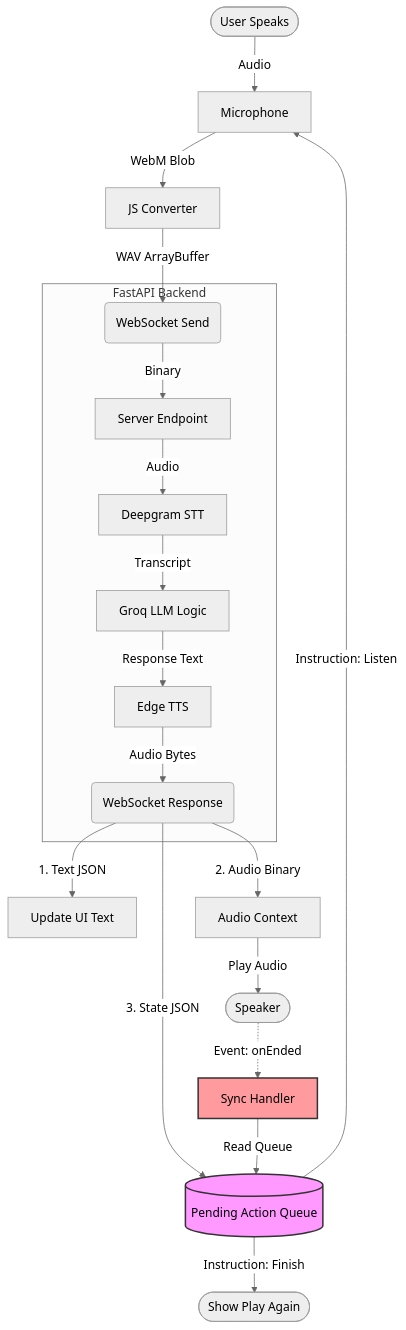
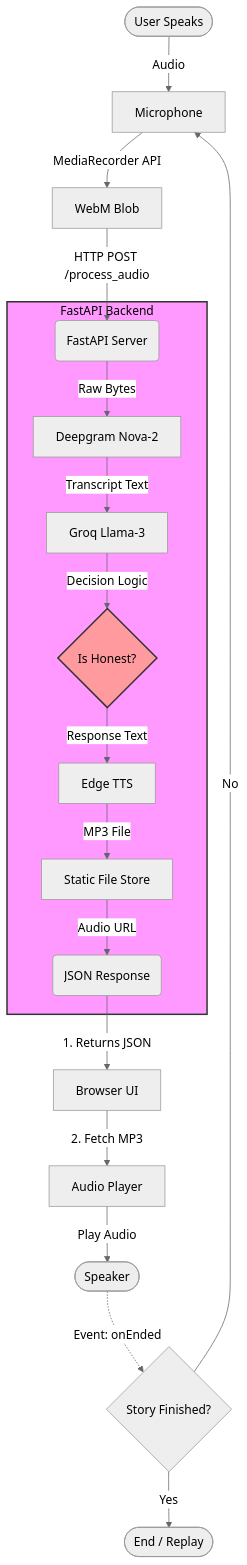
The diagram in README.md (Madhan-mohan14/zippy-voice-agent-prototype), drawn with Mermaid (neutral theme) before and after one commit. The commit also changed other lines of this file, not shown here.

````diff
--- a/README.md
+++ b/README.md
@@ -21,32 +21,30 @@
 ```mermaid
 graph TD
     %% CLIENT SIDE
     User([User Speaks]) -->|Audio| Mic[Microphone]
-    Mic -->|WebM Blob| Converter[JS Converter]
-    Converter -->|WAV ArrayBuffer| WSSend(WebSocket Send)
+    Mic -->|MediaRecorder API| Blob[WebM Blob]
+    Blob -->|HTTP POST /process_audio| ServerBox(FastAPI Server)
     
     %% SERVER SIDE
     subgraph Server [FastAPI Backend]
-        WSSend -->|Binary| API[Server Endpoint]
-        API -->|Audio| STT[Deepgram STT]
-        STT -->|Transcript| Brain[Groq LLM Logic]
-        Brain -->|Response Text| TTS[Edge TTS]
-        TTS -->|Audio Bytes| WSResp(WebSocket Response)
+        ServerBox -->|Raw Bytes| ASR[Deepgram Nova-2]
+        ASR -->|Transcript Text| LLM[Groq Llama-3]
+        LLM -->|Decision Logic| Agent{Is Honest?}
+        Agent -->|Response Text| TTS[Edge TTS]
+        TTS -->|MP3 File| Disk[Static File Store]
+        Disk -->|Audio URL| Response(JSON Response)
     end
     
     %% SYNC LOGIC
-    WSResp -->|1. Text JSON| UI[Update UI Text]
-    WSResp -->|2. Audio Binary| Player[Audio Context]
-    WSResp -->|3. State JSON| Queue[("Pending Action Queue")]
+    Response -->|1. Returns JSON| Browser[Browser UI]
+    Browser -->|2. Fetch MP3| Player[Audio Player]
+    Player -->|Play Audio| Spk([Speaker])
     
-    %% THE FIX
-    Player -->|Play Audio| Spk([Speaker])
-    Spk -.->|Event: onEnded| Sync[Sync Handler]
-    
-    Sync -->|Read Queue| Queue
-    Queue -->|Instruction: Listen| Mic
-    Queue -->|Instruction: Finish| Reset([Show Play Again])
+    %% THE LOOP
+    Spk -.->|Event: onEnded| Logic{Story Finished?}
+    Logic -->|No| Mic
+    Logic -->|Yes| Reset([End / Replay])
 
-    style Queue fill:#f9f,stroke:#333,stroke-width:2px,color:black
-    style Sync fill:#ff9a9e,stroke:#333,stroke-width:2px,color:black
+    style Server fill:#f9f,stroke:#333,stroke-width:2px,color:black
+    style Agent fill:#ff9a9e,stroke:#333,stroke-width:2px,color:black
 ```
````
